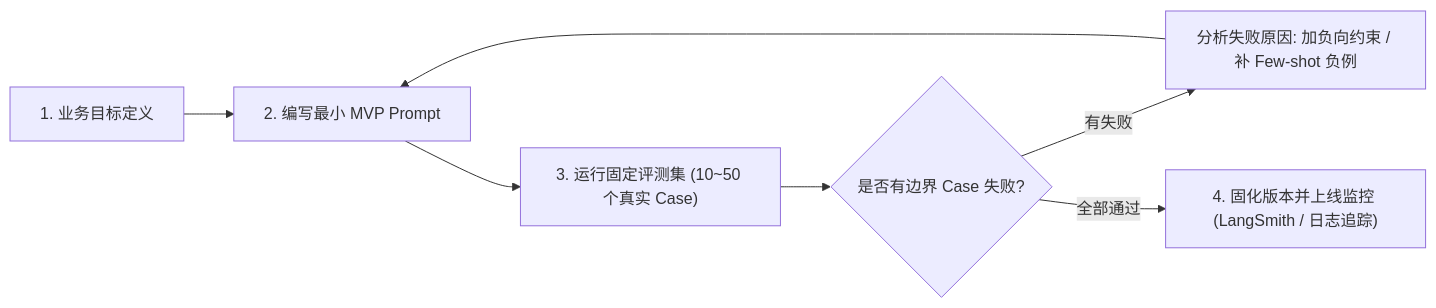
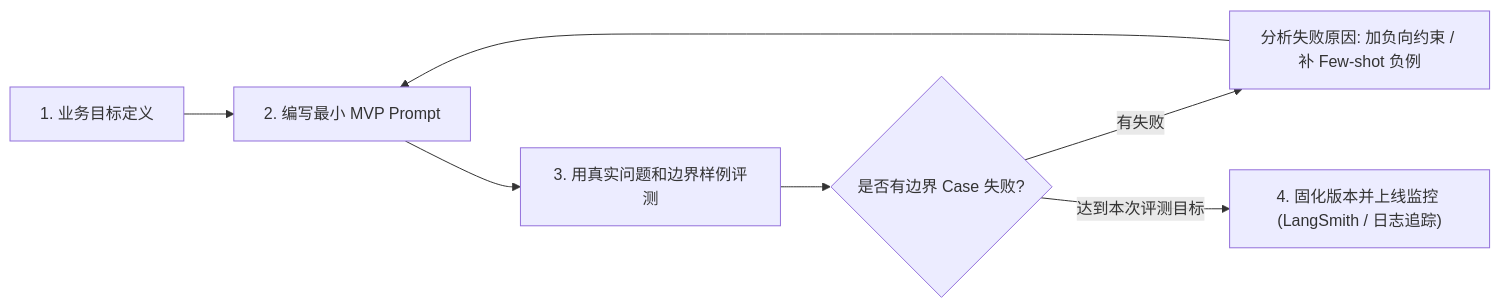
One commit to GuoWWWX/knowledge-base changed the second of 2 diagrams in 10-AI应用开发/01-LLM基础与Prompt/07-Prompt工程基础.md. Above: the diagram before and after it, drawn with Mermaid. The commit also changed other lines of this file and 368 other files, not shown here.

````diff
--- a/10-AI应用开发/01-LLM基础与Prompt/07-Prompt工程基础.md
+++ b/10-AI应用开发/01-LLM基础与Prompt/07-Prompt工程基础.md
@@ -100,9 +72,9 @@
 ```mermaid
 flowchart LR
     A["1. 业务目标定义"] --> B["2. 编写最小 MVP Prompt"]
-    B --> C["3. 运行固定评测集 (10~50 个真实 Case)"]
+    B --> C["3. 用真实问题和边界样例评测"]
     C --> D{"是否有边界 Case 失败?"}
     D -- "有失败" --> E["分析失败原因: 加负向约束 / 补 Few-shot 负例"]
     E --> B
-    D -- "全部通过" --> F["4. 固化版本并上线监控 (LangSmith / 日志追踪)"]
+    D -- "达到本次评测目标" --> F["4. 固化版本并上线监控 (LangSmith / 日志追踪)"]
 ```
````
